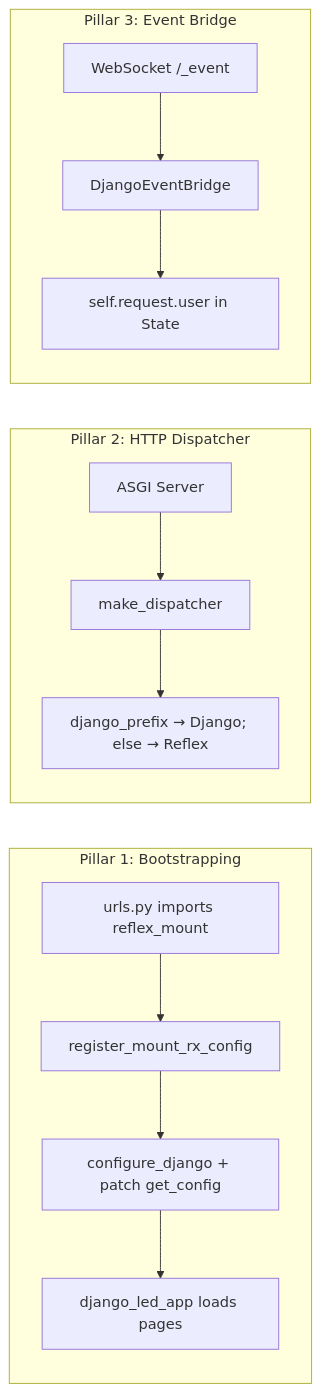
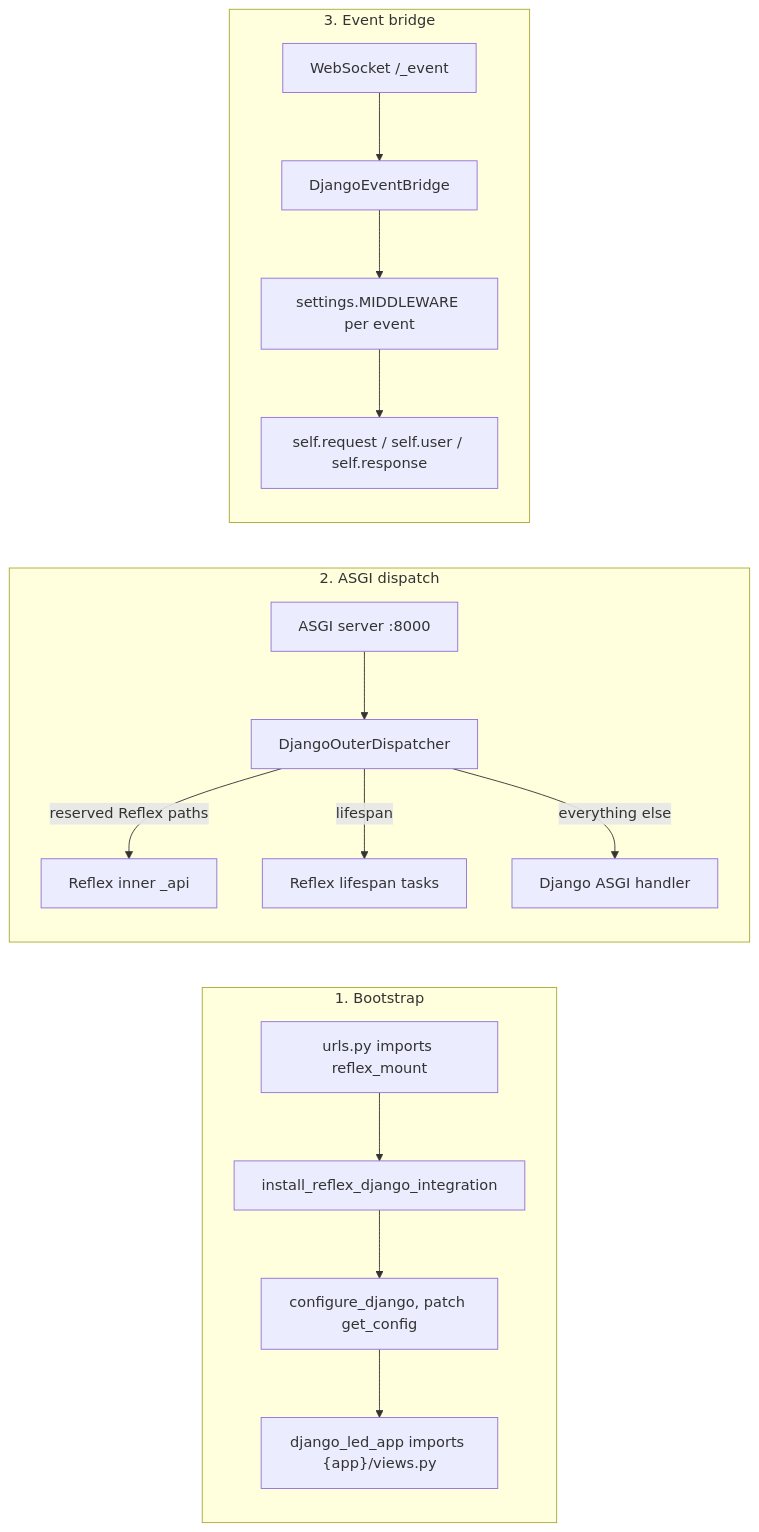
Before and after one commit to web7ai/reflex-django: the first of 4 diagrams in docs/architecture.md, drawn with Mermaid. The commit also changed other lines of this file and 11 other files, not shown here.

Commit message:
docs: enhance architecture, CLI, configuration, and deployment documentation for `reflex-django`; clarify single ASGI process model, update command usage, and refine configuration details for improved user understanding

````diff
--- a/docs/architecture.md
+++ b/docs/architecture.md
@@ -13,18 +11,21 @@
 ```mermaid
 flowchart LR
-    subgraph pillar1["Pillar 1: Bootstrapping"]
-        A["urls.py imports reflex_mount"] --> B["register_mount_rx_config"]
-        B --> C["configure_django + patch get_config"]
-        C --> D["django_led_app loads pages"]
+    subgraph pillar1["1. Bootstrap"]
+        A["urls.py imports reflex_mount"] --> B["install_reflex_django_integration"]
+        B --> C["configure_django, patch get_config"]
+        C --> D["django_led_app imports {app}/views.py"]
     end
-    
-    subgraph pillar2["Pillar 2: HTTP Dispatcher"]
-        E["ASGI Server"] --> F["make_dispatcher"]
-        F --> G["django_prefix → Django; else → Reflex"]
+
+    subgraph pillar2["2. ASGI dispatch"]
+        E["ASGI server :8000"] --> F["DjangoOuterDispatcher"]
+        F -->|reserved Reflex paths| G["Reflex inner _api"]
+        F -->|lifespan| H["Reflex lifespan tasks"]
+        F -->|everything else| I["Django ASGI handler"]
     end
-    
-    subgraph pillar3["Pillar 3: Event Bridge"]
-        H["WebSocket /_event"] --> I["DjangoEventBridge"]
-        I --> J["self.request.user in State"]
+
+    subgraph pillar3["3. Event bridge"]
+        J["WebSocket /_event"] --> K["DjangoEventBridge"]
+        K --> L["settings.MIDDLEWARE per event"]
+        L --> M["self.request / self.user / self.response"]
     end
 ```
````
